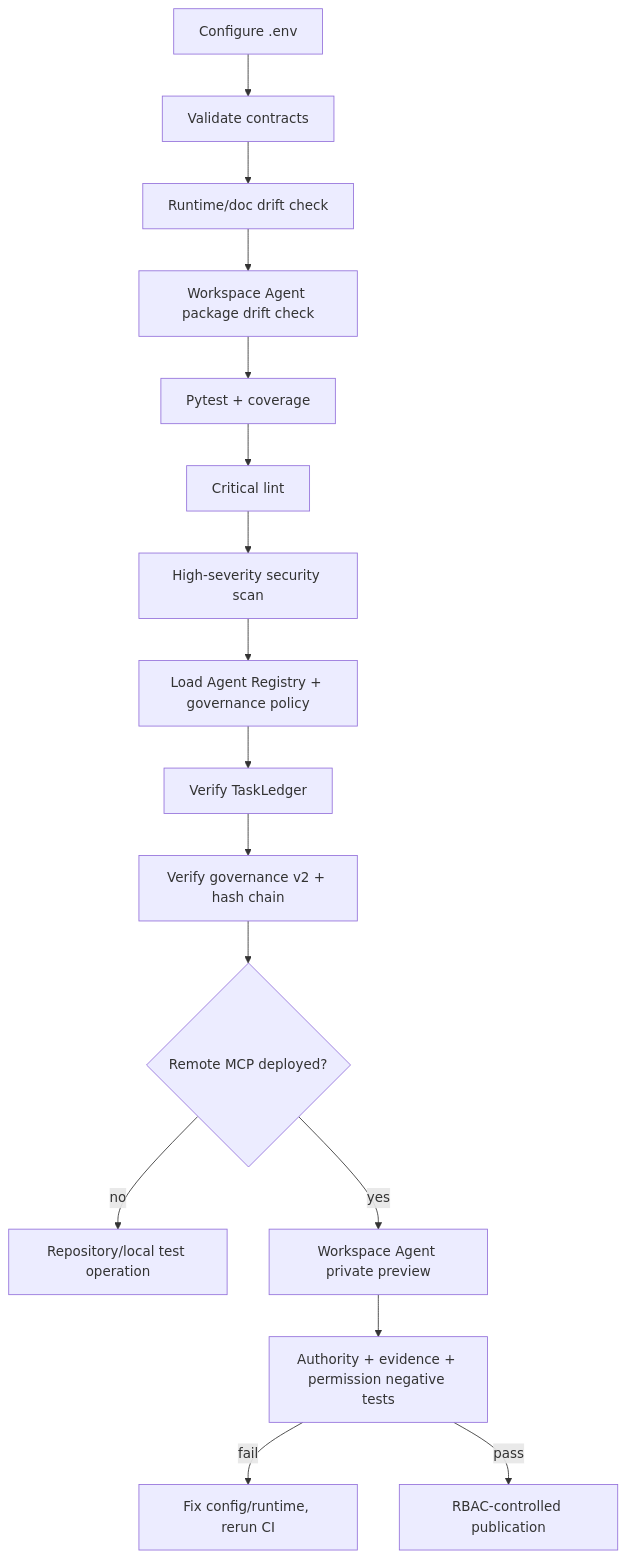
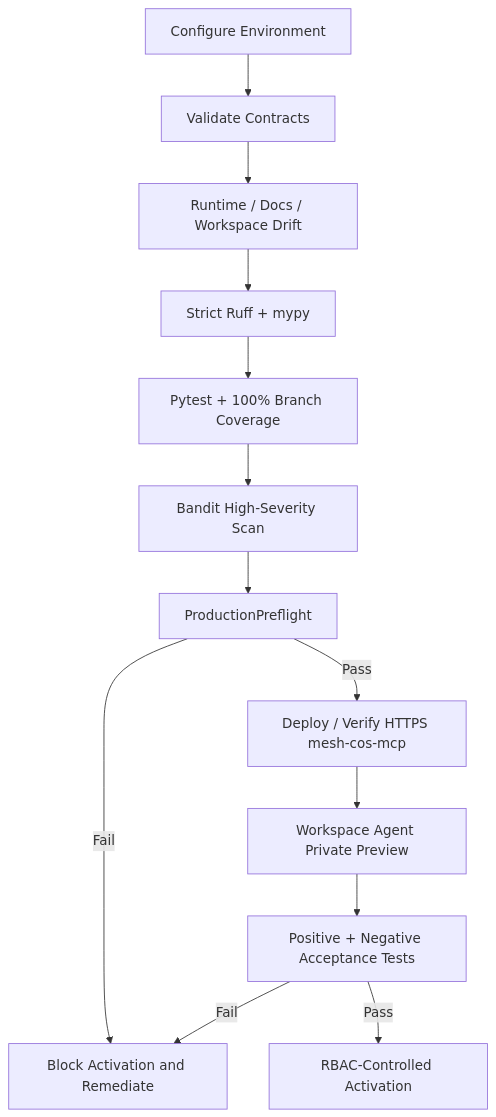
The first of 3 diagrams in docs/runbook.md (mkleinbe/mesh-ai-agent-cos-universe), drawn with Mermaid before and after one commit. The commit also changed other lines of this file, not shown here.

Commit message:
docs: update operations runbook for v1.0.0 activation

````diff
--- a/docs/runbook.md
+++ b/docs/runbook.md
@@ -5,18 +9,15 @@
 ```mermaid
 flowchart TB
-    CFG[Configure .env] --> CONTRACTS[Validate contracts]
-    CONTRACTS --> DRIFT[Runtime/doc drift check]
-    DRIFT --> WAP[Workspace Agent package drift check]
-    WAP --> TEST[Pytest + coverage]
-    TEST --> LINT[Critical lint]
-    LINT --> SEC[High-severity security scan]
-    SEC --> REG[Load Agent Registry + governance policy]
-    REG --> LEDGER[Verify TaskLedger]
-    LEDGER --> GOV[Verify governance v2 + hash chain]
-    GOV --> MCP{Remote MCP deployed?}
-    MCP -->|no| LOCAL[Repository/local test operation]
-    MCP -->|yes| PREVIEW[Workspace Agent private preview]
-    PREVIEW --> NEG[Authority + evidence + permission negative tests]
-    NEG -->|fail| FIX[Fix config/runtime, rerun CI]
-    NEG -->|pass| PUBLISH[RBAC-controlled publication]
+    CFG[Configure Environment] --> CONTRACTS[Validate Contracts]
+    CONTRACTS --> DRIFT[Runtime / Docs / Workspace Drift]
+    DRIFT --> LINT[Strict Ruff + mypy]
+    LINT --> TEST[Pytest + 100% Branch Coverage]
+    TEST --> SEC[Bandit High-Severity Scan]
+    SEC --> PREFLIGHT[ProductionPreflight]
+    PREFLIGHT -->|Fail| BLOCK[Block Activation and Remediate]
+    PREFLIGHT -->|Pass| MCP[Deploy / Verify HTTPS mesh-cos-mcp]
+    MCP --> PREVIEW[Workspace Agent Private Preview]
+    PREVIEW --> NEG[Positive + Negative Acceptance Tests]
+    NEG -->|Fail| BLOCK
+    NEG -->|Pass| PUBLISH[RBAC-Controlled Activation]
 ```
````
